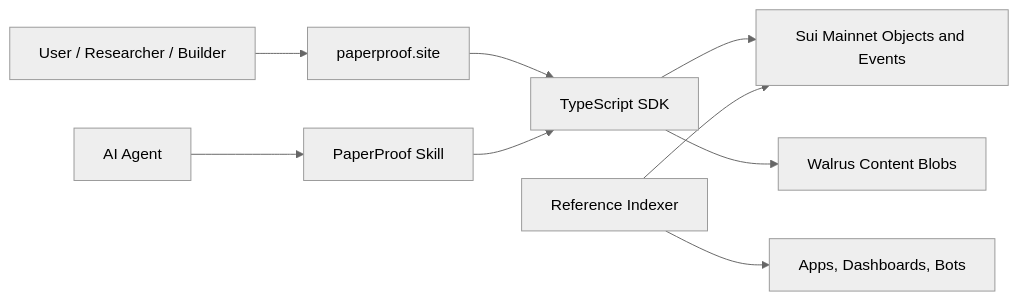
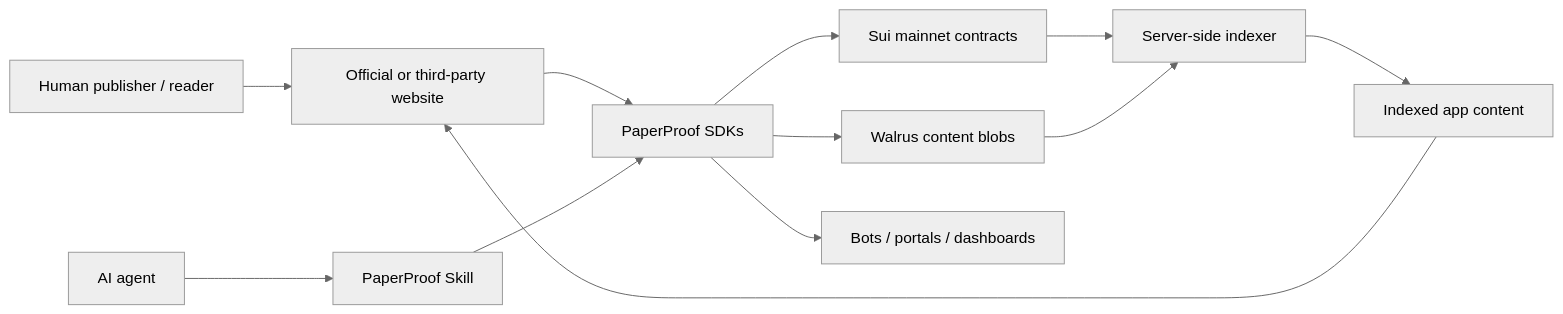
The diagram in docs/ARCHITECTURE.md (PaperProofLabs/paperproof-sui-overflow-2026), drawn with Mermaid (neutral theme) before and after one commit. The commit also changed other lines of this file and 6 other files, not shown here.

````diff
--- a/docs/ARCHITECTURE.md
+++ b/docs/ARCHITECTURE.md
@@ -9,11 +9,14 @@
 ```mermaid
 flowchart LR
-  User["User / Researcher / Builder"] --> App["paperproof.site"]
-  Agent["AI Agent"] --> Skill["PaperProof Skill"]
-  App --> SDK["TypeScript SDK"]
+  User["Human publisher / reader"] --> Site["Official or third-party website"]
+  Agent["AI agent"] --> Skill["PaperProof Skill"]
+  Site --> SDK["PaperProof SDKs"]
   Skill --> SDK
-  SDK --> Sui["Sui Mainnet Objects and Events"]
-  SDK --> Walrus["Walrus Content Blobs"]
-  Indexer["Reference Indexer"] --> Sui
-  Indexer --> Apps["Apps, Dashboards, Bots"]
+  SDK --> Sui["Sui mainnet contracts"]
+  SDK --> Walrus["Walrus content blobs"]
+  Sui --> Indexer["Server-side indexer"]
+  Walrus --> Indexer
+  Indexer --> API["Indexed app content"]
+  API --> Site
+  SDK --> ThirdParty["Bots / portals / dashboards"]
 ```
````
